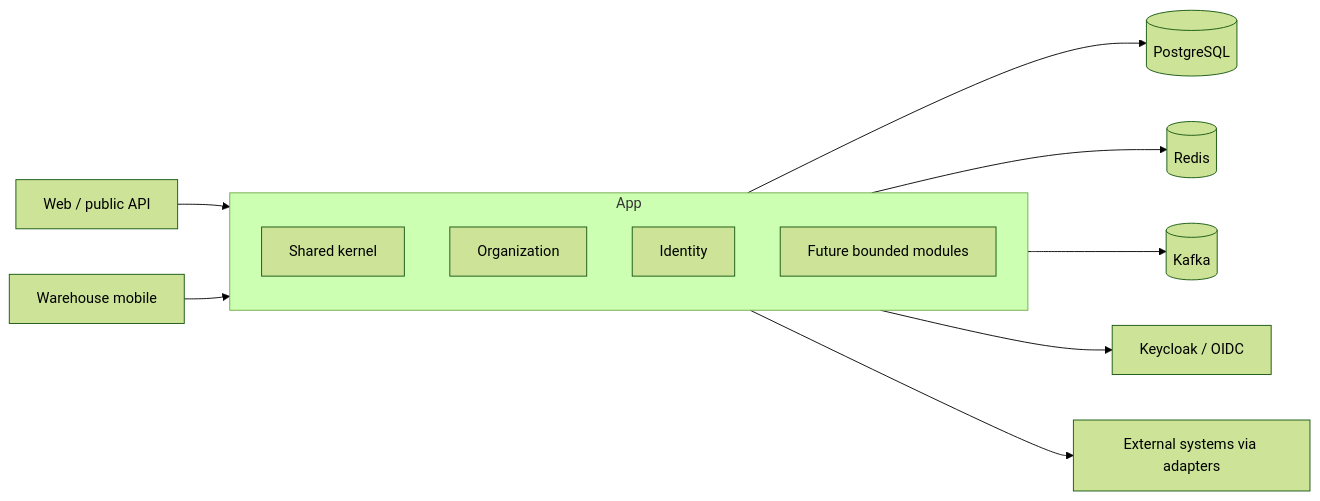
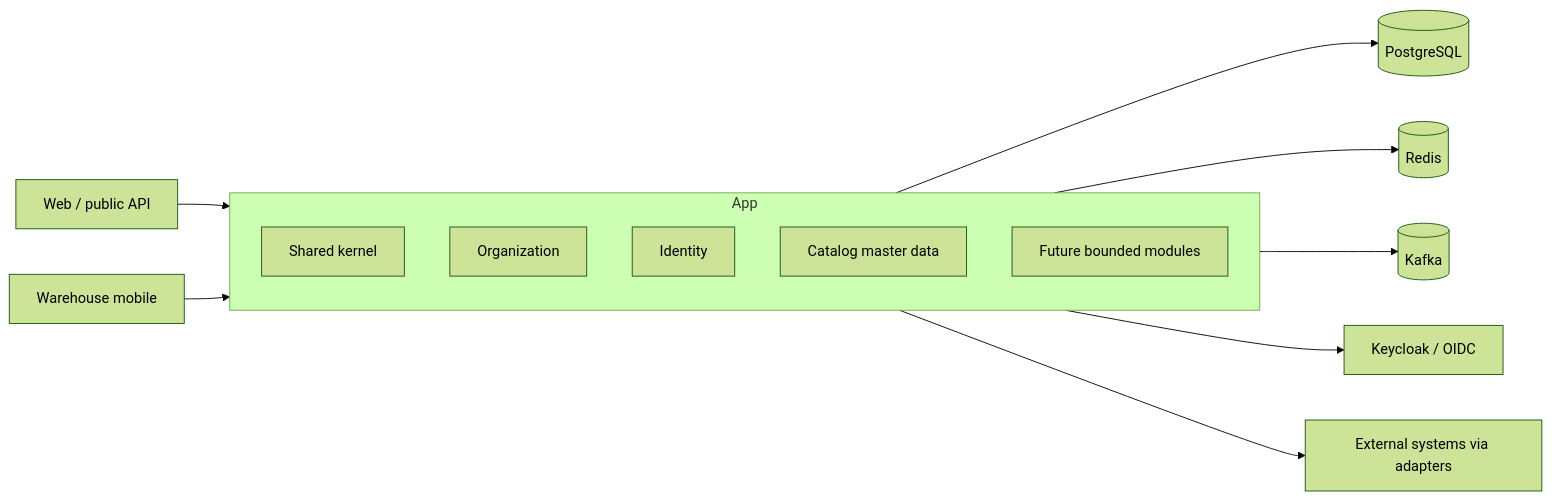
The diagram in docs/architecture/architecture-overview.md (smjubayercse/invenlio), drawn with Mermaid (forest theme) before and after one commit. The commit also changed other lines of this file and 32 other files, not shown here.

````diff
--- a/docs/architecture/architecture-overview.md
+++ b/docs/architecture/architecture-overview.md
@@ -11,16 +11,17 @@
 ```mermaid
 flowchart LR
   Web[Web / public API] --> App[Invenlio modular monolith]
   Mobile[Warehouse mobile] --> App
   App --> PG[(PostgreSQL)]
   App --> Redis[(Redis)]
   App --> Kafka[(Kafka)]
   App --> IdP[Keycloak / OIDC]
   App --> Ext[External systems via adapters]
   subgraph App
     Shared[Shared kernel]
     Org[Organization]
     Identity[Identity]
+    Catalog[Catalog master data]
     Future[Future bounded modules]
   end
 ```
````
